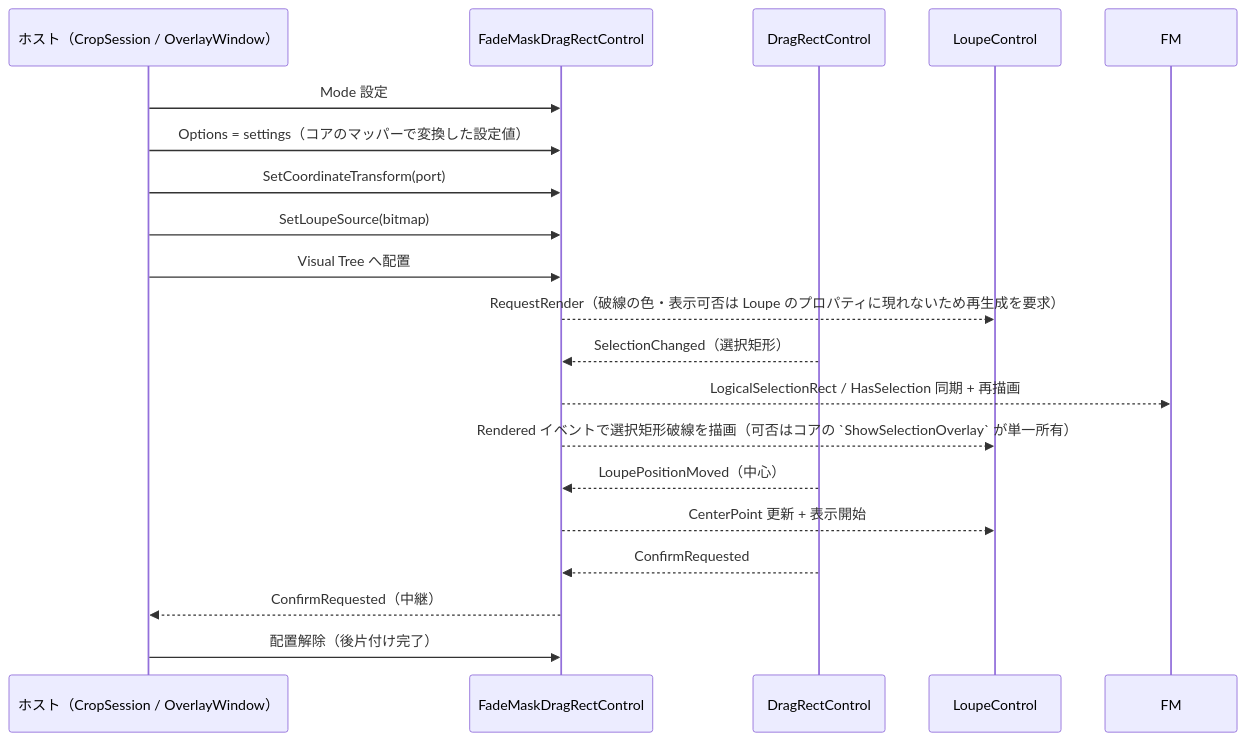
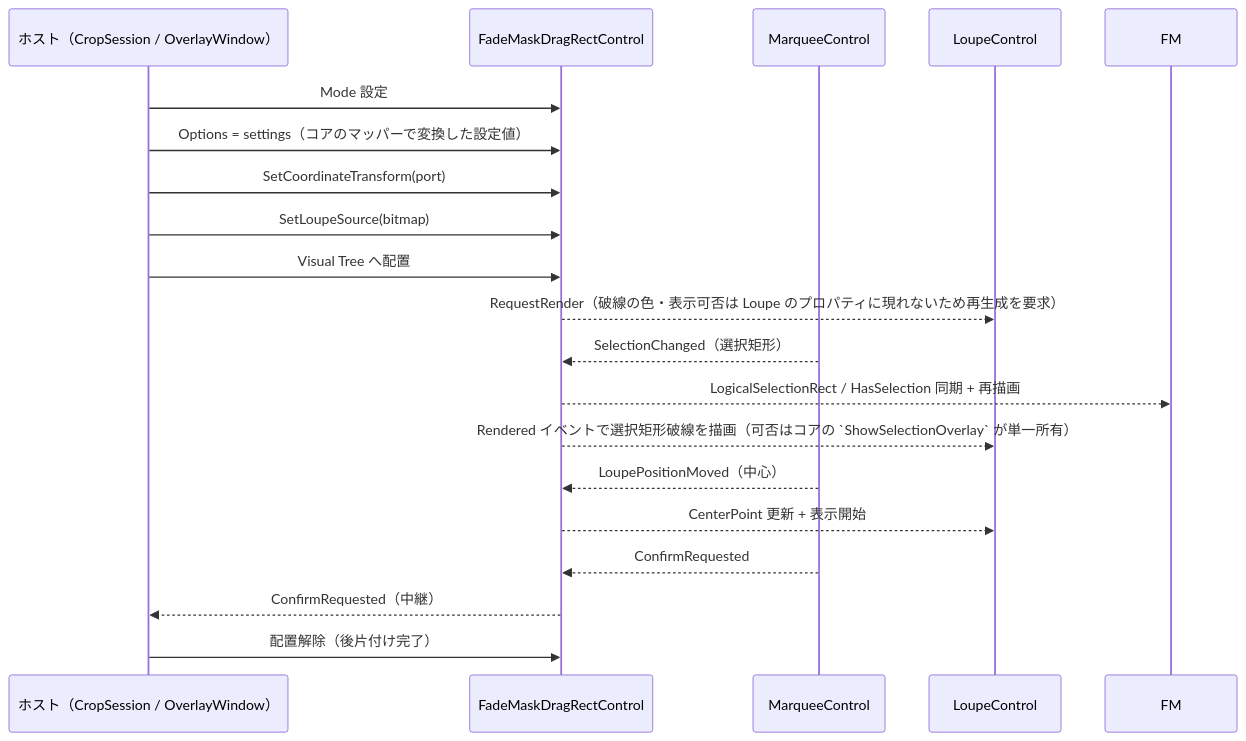
One commit to tomokuni/SaveEvidence changed the second of 2 diagrams in src/FadeMaskDragRectControl.AvaloniaUI/SPEC_System.md. Above: the diagram before and after it, drawn with Mermaid. The commit also changed other lines of this file and 263 other files, not shown here.

````diff
--- a/src/FadeMaskDragRectControl.AvaloniaUI/SPEC_System.md
+++ b/src/FadeMaskDragRectControl.AvaloniaUI/SPEC_System.md
@@ -174,23 +174,23 @@
 ```mermaid
 sequenceDiagram
     participant H as ホスト（CropSession / OverlayWindow）
     participant C as FadeMaskDragRectControl
-    participant DR as DragRectControl
+    participant DR as MarqueeControl
     
     participant LC as LoupeControl
 
     H->>C: Mode 設定
     H->>C: Options = settings（コアのマッパーで変換した設定値）
     H->>C: SetCoordinateTransform(port)
     H->>C: SetLoupeSource(bitmap)
     H->>C: Visual Tree へ配置
     C-->>LC: RequestRender（破線の色・表示可否は Loupe のプロパティに現れないため再生成を要求）
     DR-->>C: SelectionChanged（選択矩形）
     C-->>FM: LogicalSelectionRect / HasSelection 同期 + 再描画
     C-->>LC: Rendered イベントで選択矩形破線を描画（可否はコアの `ShowSelectionOverlay` が単一所有）
     DR-->>C: LoupePositionMoved（中心）
     C-->>LC: CenterPoint 更新 + 表示開始
     DR-->>C: ConfirmRequested
     C-->>H: ConfirmRequested（中継）
     H->>C: 配置解除（後片付け完了）
 ```
````
